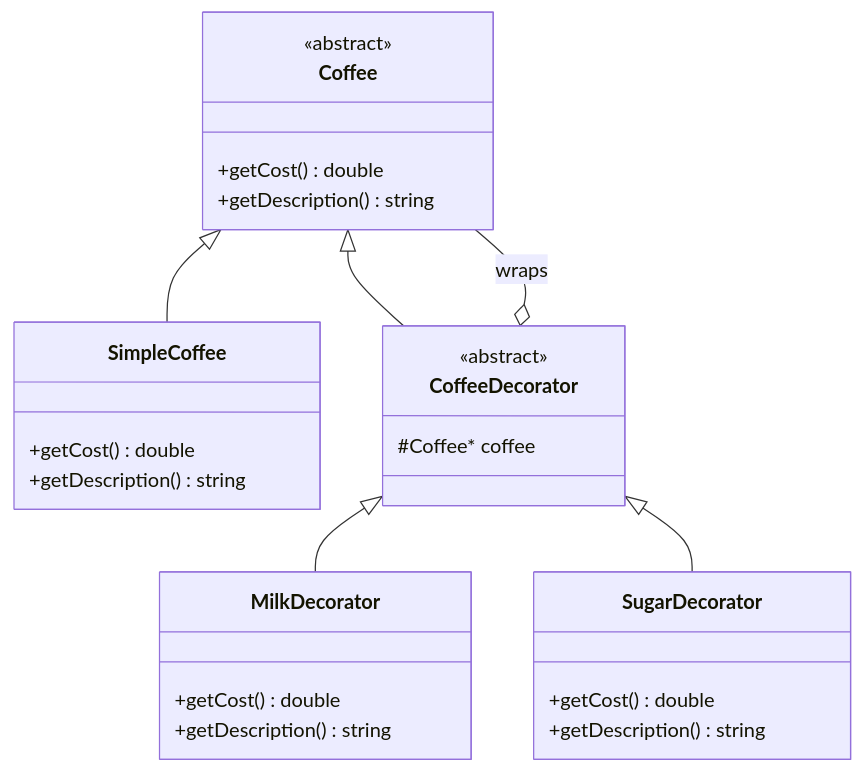
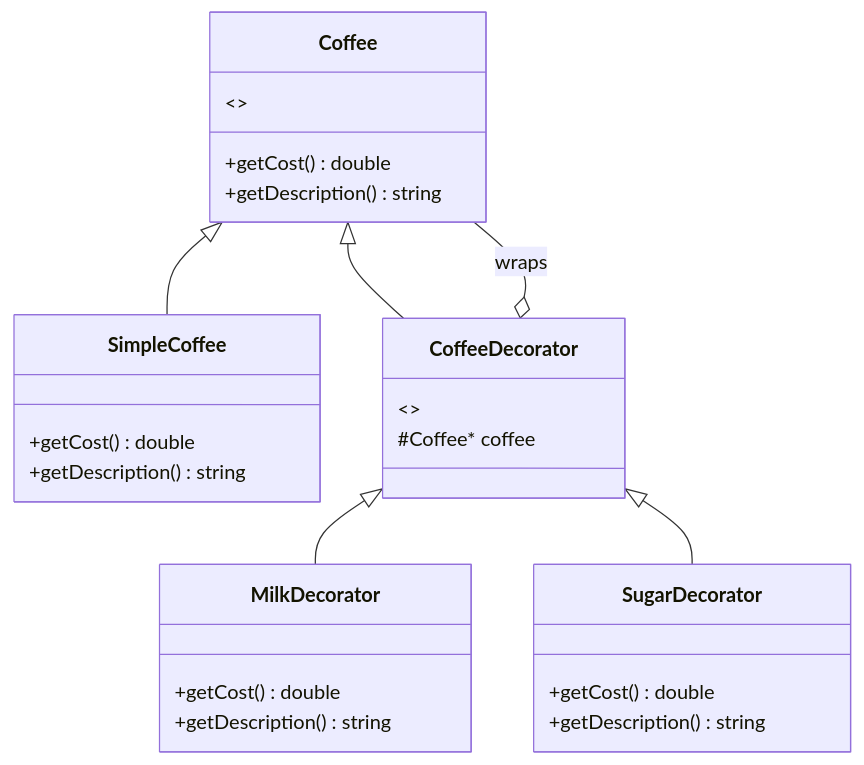
One commit to Ravindra230105/low-level-design changed the fifth of 5 diagrams in DesignPattern/README.md. Above: the diagram before and after it, drawn with Mermaid. The commit also changed other lines of this file and 3 other files, not shown here.

````diff
--- a/DesignPattern/README.md
+++ b/DesignPattern/README.md
@@ -295,29 +589,57 @@
 ```mermaid
+
 classDiagram
+
     class Coffee {
-        <<abstract>>
+
+        <\<abstract>>
+
         +getCost() double
+
         +getDescription() string
+
     }
+
     class SimpleCoffee {
+
         +getCost() double
+
         +getDescription() string
+
     }
+
     class CoffeeDecorator {
-        <<abstract>>
+
+        <\<abstract>>
+
         #Coffee* coffee
+
     }
+
     class MilkDecorator {
+
         +getCost() double
+
         +getDescription() string
+
     }
+
     class SugarDecorator {
+
         +getCost() double
+
         +getDescription() string
+
     }
+
     Coffee <|-- SimpleCoffee
+
     Coffee <|-- CoffeeDecorator
+
     CoffeeDecorator <|-- MilkDecorator
+
     CoffeeDecorator <|-- SugarDecorator
+
     CoffeeDecorator o-- Coffee : wraps
+
 ```
````
